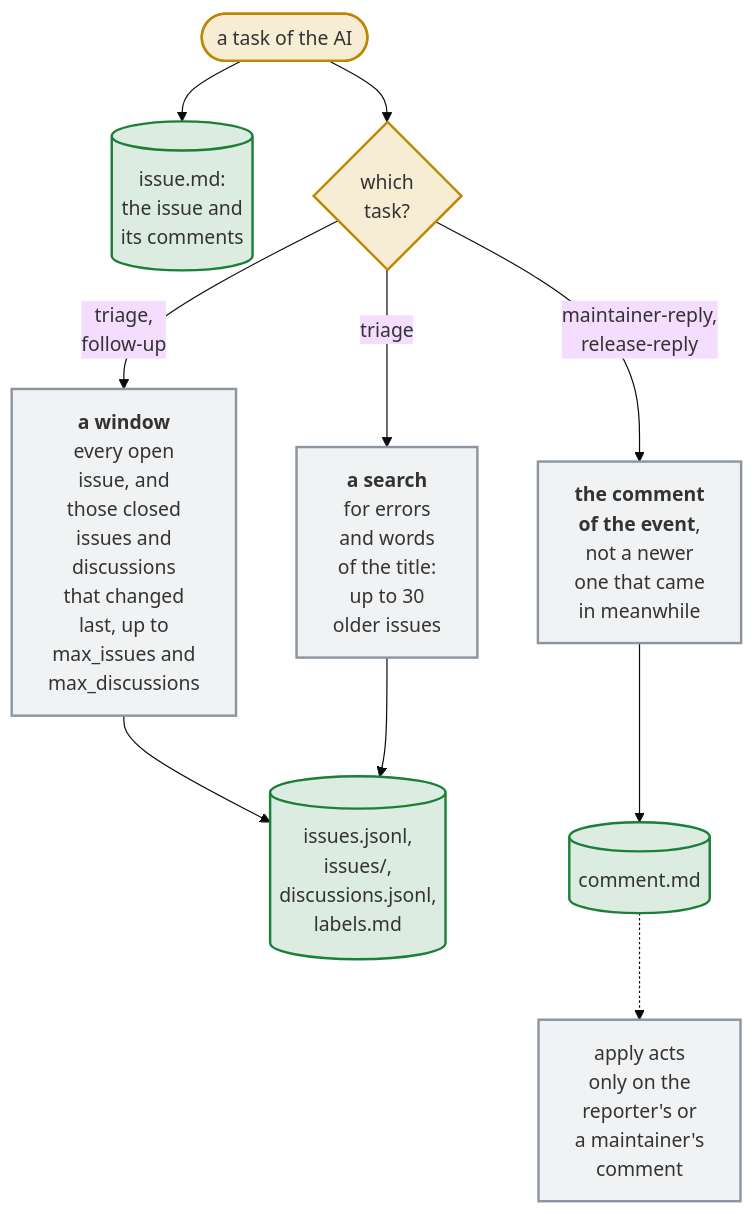
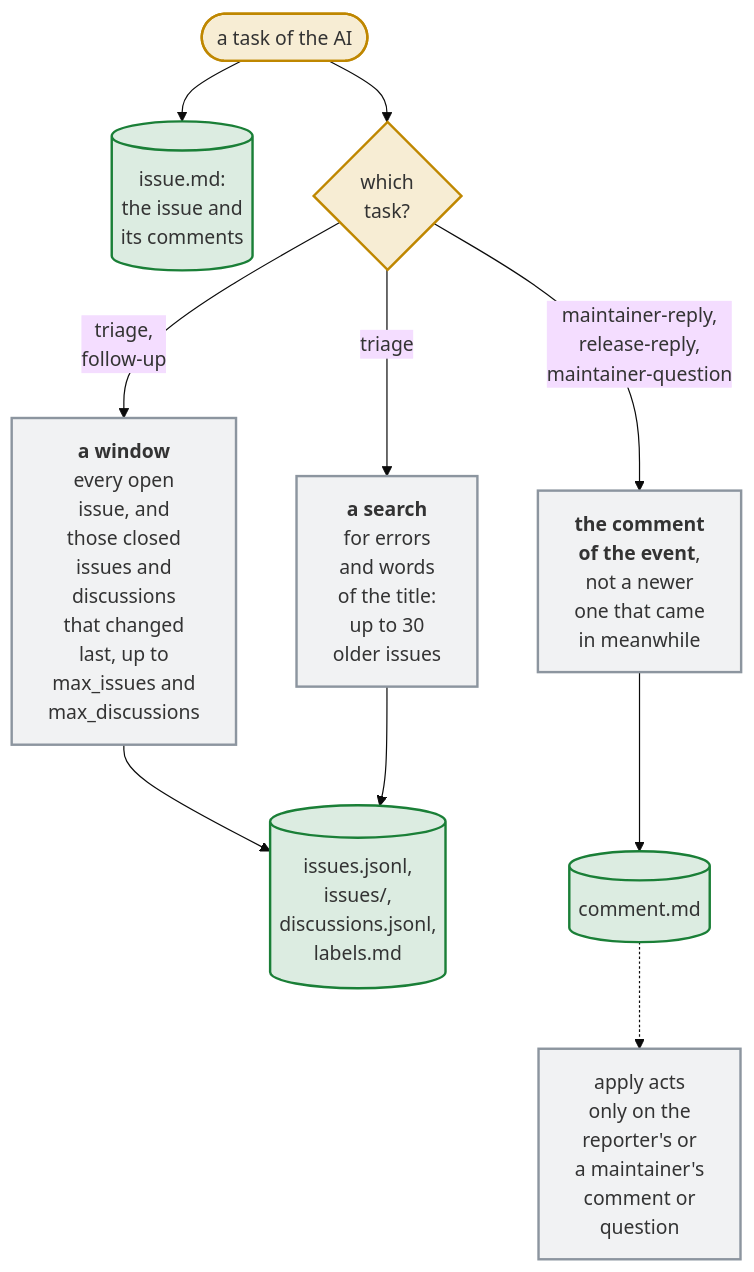
Before and after one commit to Dennis-Otto/issue-assistant: the diagram in docs/diagrams/what-the-ai-reads-for-each-task.mmd, drawn with Mermaid (base theme). The commit also changed 27 other files, not shown here.

```diff
--- a/docs/diagrams/what-the-ai-reads-for-each-task.mmd
+++ b/docs/diagrams/what-the-ai-reads-for-each-task.mmd
@@ -1,20 +1,20 @@
 flowchart TB
   accTitle: What the AI reads for each task
-  accDescr: Every task reads issue.md, the issue with all its comments. A first analysis and a follow-up also read the labels, every open issue, the closed issues that changed last up to max_issues and the discussions that changed last up to max_discussions, from GitHub's GraphQL API, which lists no pull request; each issue has an excerpt in issues.jsonl and its whole text in issues/. A first analysis adds up to 30 older issues that a search for the names of errors and the words of the title finds. A reply, maintainer-reply or release-reply, reads comment.md instead: the comment whose event started the run, not a newer one that came in while the run waited. The apply job acts only when that comment is the reporter's or a maintainer's.
+  accDescr: Every task reads issue.md, the issue with all its comments. A first analysis and a follow-up also read the labels, every open issue, the closed issues that changed last up to max_issues and the discussions that changed last up to max_discussions, from GitHub's GraphQL API, which lists no pull request; each issue has an excerpt in issues.jsonl and its whole text in issues/. A first analysis adds up to 30 older issues that a search for the names of errors and the words of the title finds. A reply, maintainer-reply, release-reply or maintainer-question, reads comment.md instead: the comment whose event started the run, not a newer one that came in while the run waited. The apply job acts only when that comment is the reporter's or a maintainer's, or a maintainer's question.
   task(["a task of the AI"]) --> issue[("issue.md:<br>the issue and<br>its comments")]
   task --> which{"which<br>task?"}
   which -- "triage,<br>follow-up" --> window["`**a window**<br>every open<br>issue, and<br>those closed<br>issues and<br>discussions<br>that changed<br>last, up to<br>max_issues and<br>max_discussions`"]
   which -- "triage" --> search["`**a search**<br>for errors<br>and words<br>of the title:<br>up to 30<br>older issues`"]
-  which -- "maintainer-reply,<br>release-reply" --> judged["`**the comment<br>of the event**,<br>not a newer<br>one that came<br>in meanwhile`"]
+  which -- "maintainer-reply,<br>release-reply,<br>maintainer-question" --> judged["`**the comment<br>of the event**,<br>not a newer<br>one that came<br>in meanwhile`"]
   window --> files[("issues.jsonl,<br>issues/,<br>discussions.jsonl,<br>labels.md")]
   search --> files
   judged --> comment[("comment.md")]
-  comment -.-> apply["apply acts<br>only on the<br>reporter's or<br>a maintainer's<br>comment"]
+  comment -.-> apply["apply acts<br>only on the<br>reporter's or<br>a maintainer's<br>comment or<br>question"]
   classDef trigger fill:#d4a72c33,stroke:#bf8700,stroke-width:2px
   classDef question fill:#d4a72c33,stroke:#bf8700,stroke-width:2px
   classDef job fill:#8c959f1f,stroke:#8c959f,stroke-width:2px
   classDef safe fill:#1a7f3726,stroke:#1a7f37,stroke-width:2px
   class task trigger
   class which question
   class window,search,judged,apply job
   class issue,files,comment safe
```
